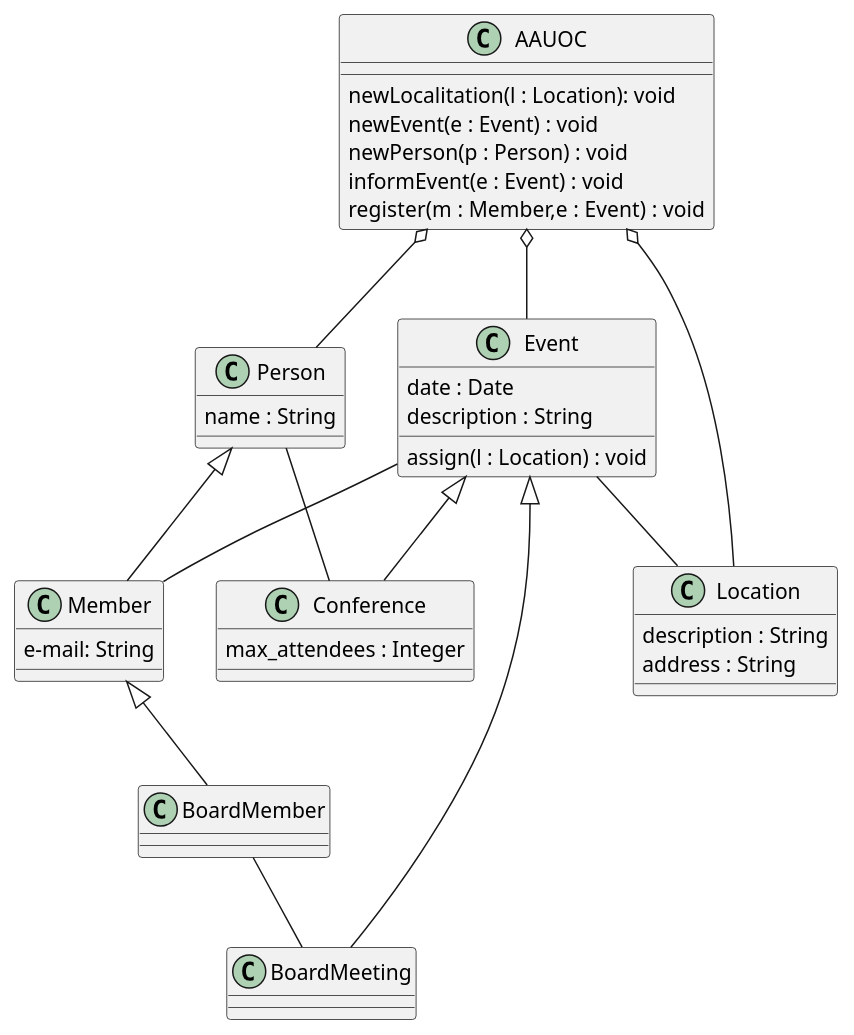
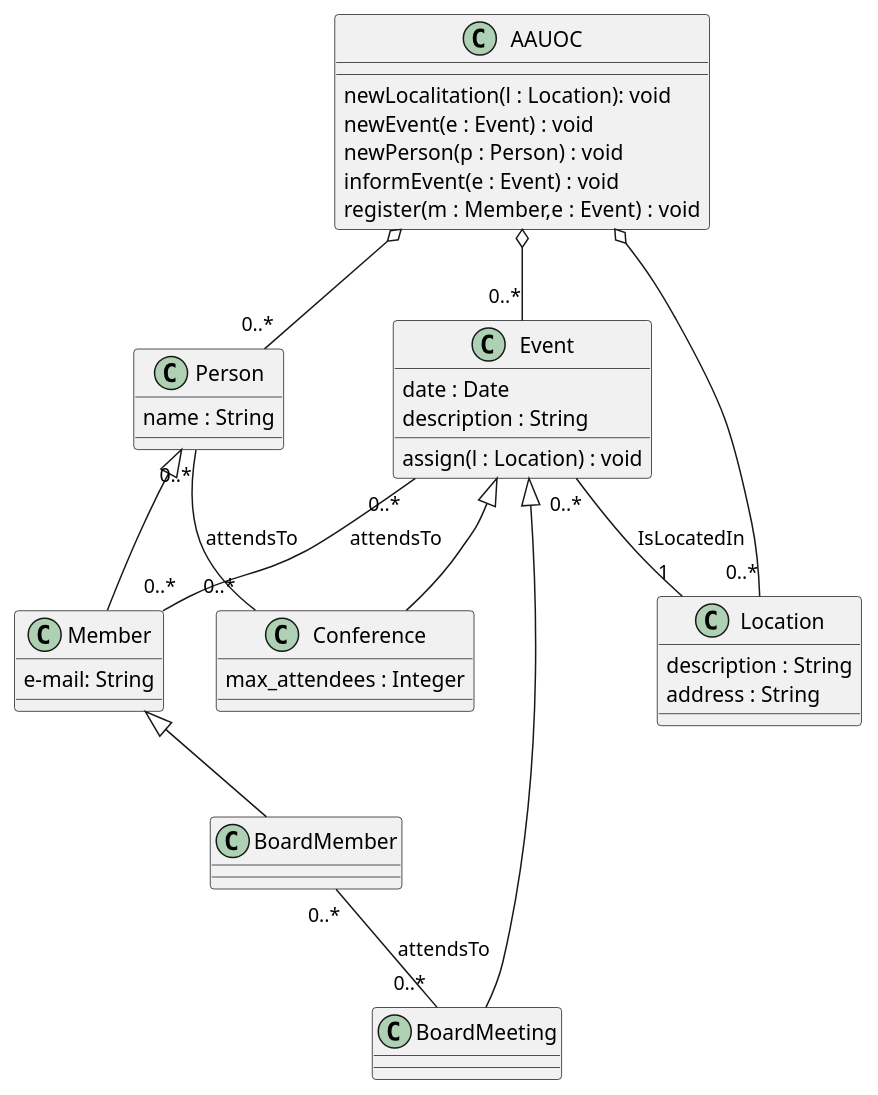
One commit to b3n0nk3/UMLClasesAngelFuentes changed the diagram in Test.puml. Above: the diagram before and after it, drawn with PlantUML.

Commit message:
Introduccion de metodos y atributos

```diff
--- a/Test.puml
+++ b/Test.puml
@@ -1,56 +1,57 @@
 @startuml
 
 class Member{
      e-mail: String
 }
 
 class BoardMember
 
 class Event{
     date : Date
     description : String
     assign(l : Location) : void
 }
 
 class Conference{
     max_attendees : Integer
 }
 
 class BoardMeeting
 
 class Location{
     description : String
     address : String
 }
 
 class Person{
     name : String
 }
 
 class AAUOC {
     newLocalitation(l : Location): void
     newEvent(e : Event) : void
     newPerson(p : Person) : void
     informEvent(e : Event) : void
     register(m : Member,e : Event) : void
 }
 
-AAUOC o-- Event
-AAUOC o-- Person
-AAUOC o-- Location
+AAUOC o-- "0..*" Event
+AAUOC o-- "0..*" Person
+AAUOC o-- "0..*" Location
 
 
 Event <|-- Conference
 Event <|-- BoardMeeting
+Event "0..*" -- "0..*" Member : attendsTo
+Event "0..*" -- "1" Location : IsLocatedIn
 
 Person <|-- Member
 Member <|--BoardMember
 
-Event -- Member
-Event -- Location
 
-Person -- Conference
 
-BoardMember -- BoardMeeting
+Person "0..*" -- "0..*" Conference : attendsTo
+
+BoardMember "0..*" -- "0..*" BoardMeeting : attendsTo
 
 @enduml
```
